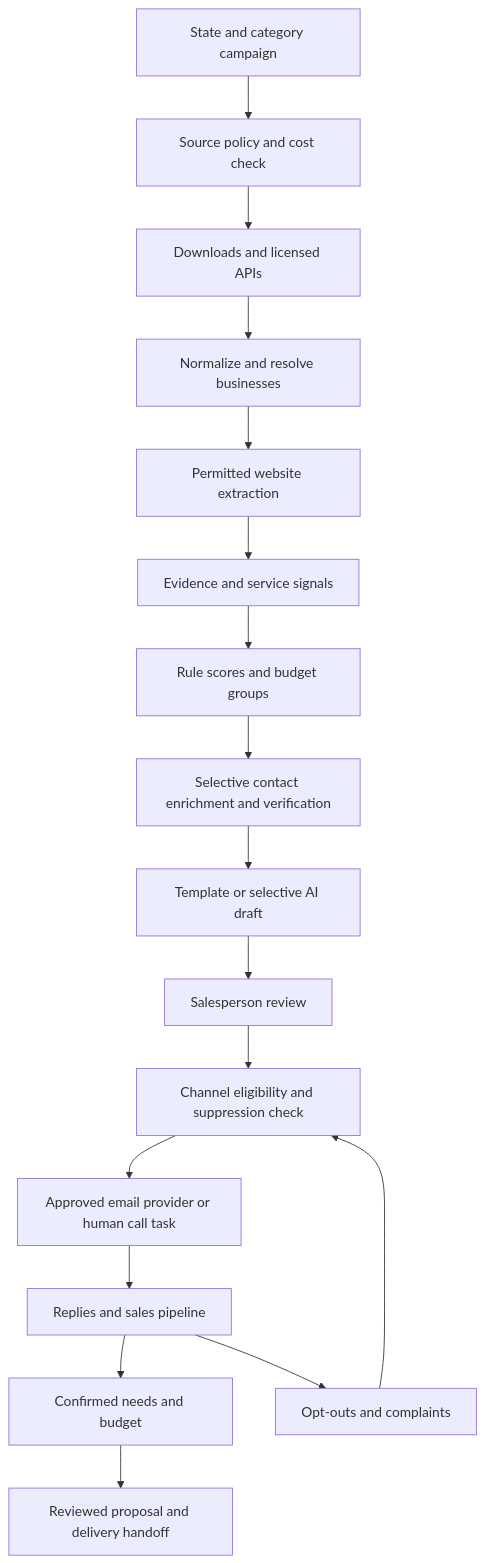
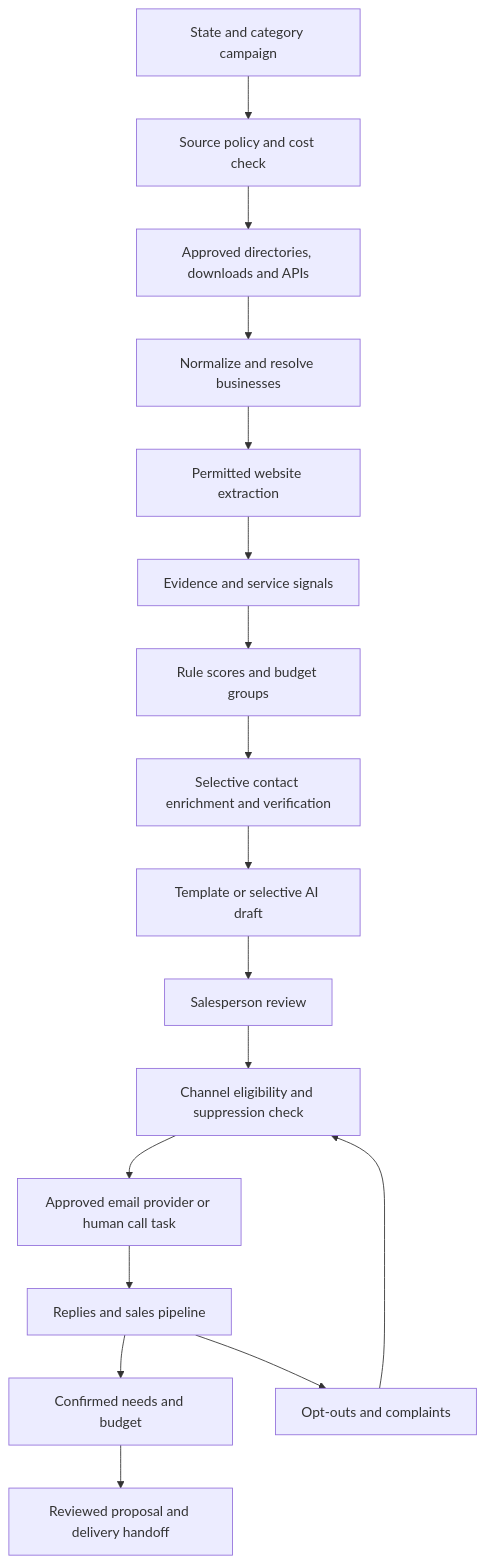
One commit to SkySaikat/data-soft changed the diagram in docs/04-system-architecture.md. Above: the diagram before and after it, drawn with Mermaid. The commit also changed other lines of this file and 6 other files, not shown here.

````diff
--- a/docs/04-system-architecture.md
+++ b/docs/04-system-architecture.md
@@ -7,19 +7,19 @@
 ```mermaid
 flowchart TD
     A[State and category campaign] --> B[Source policy and cost check]
-    B --> C[Downloads and licensed APIs]
+    B --> C[Approved directories, downloads and APIs]
     C --> D[Normalize and resolve businesses]
     D --> E[Permitted website extraction]
     E --> F[Evidence and service signals]
     F --> G[Rule scores and budget groups]
     G --> H[Selective contact enrichment and verification]
     H --> I[Template or selective AI draft]
     I --> J[Salesperson review]
     J --> K[Channel eligibility and suppression check]
     K --> L[Approved email provider or human call task]
     L --> M[Replies and sales pipeline]
     M --> N[Confirmed needs and budget]
     N --> O[Reviewed proposal and delivery handoff]
     M --> P[Opt-outs and complaints]
     P --> K
 ```
````
